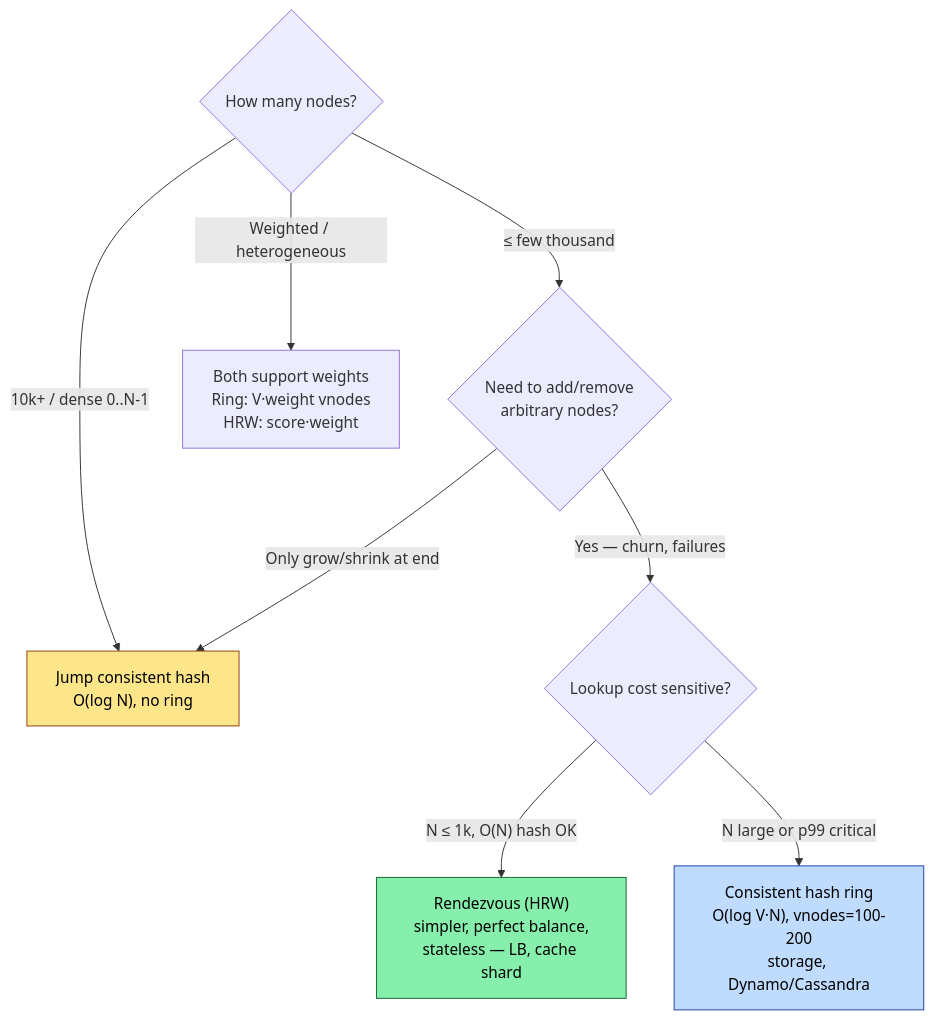
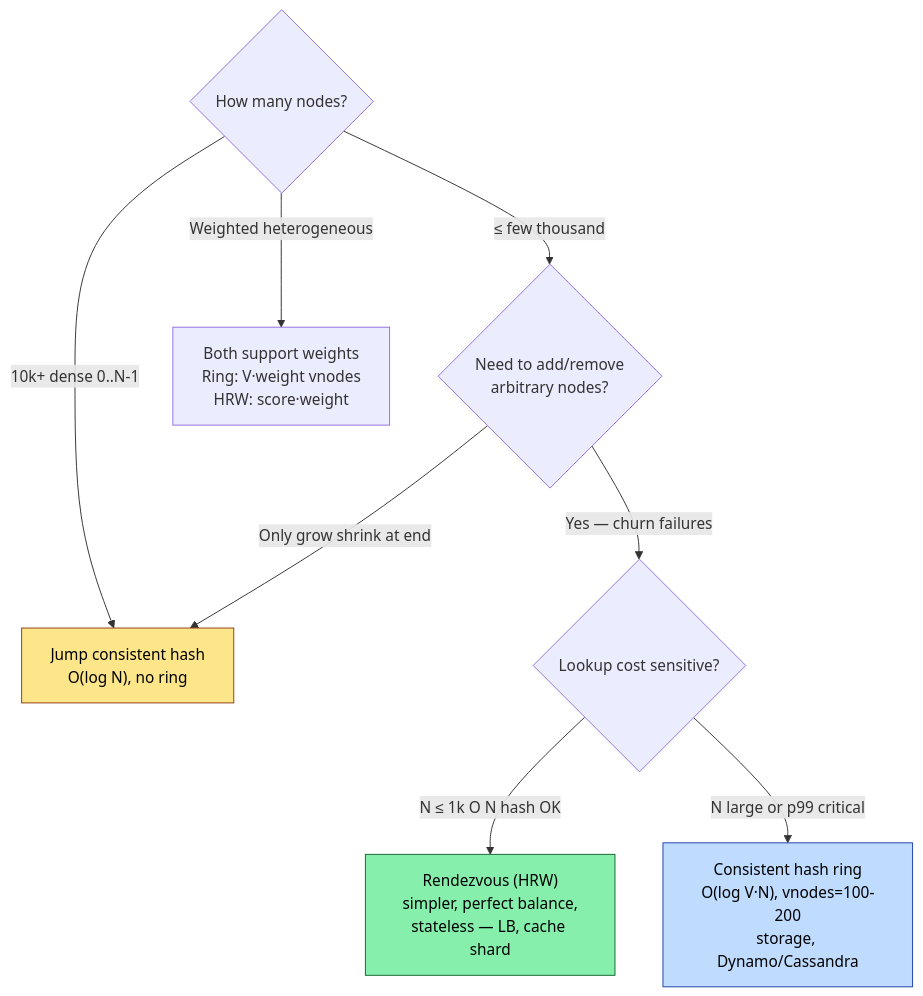
One commit to bumbsclaw/textbooks changed the sixth of 7 diagrams in vol-14-algorithms/ch05-consistent-hashing.md. Above: the diagram before and after it, drawn with Mermaid. The commit also changed other lines of this file and 173 other files, not shown here.

First line of the commit message:
fix(mermaid): close note brackets, semicolons in Notes, stateDiagram br -> dash, edge parens

````diff
--- a/vol-14-algorithms/ch05-consistent-hashing.md
+++ b/vol-14-algorithms/ch05-consistent-hashing.md
@@ -557,17 +557,17 @@
 ```mermaid
 flowchart TB
     Q1{"How many nodes?"}
     Q1 -->|"≤ few thousand"| Q2{"Need to add/remove<br/>arbitrary nodes?"}
-    Q1 -->|"10k+ / dense 0..N-1"| JUMP["Jump consistent hash<br/>O(log N), no ring"]
-    Q2 -->|"Yes — churn, failures"| Q3{"Lookup cost sensitive?"}
-    Q2 -->|"Only grow/shrink at end"| JUMP
+    Q1 -->|"10k+ dense 0..N-1"| JUMP["Jump consistent hash<br/>O(log N), no ring"]
+    Q2 -->|"Yes — churn failures"| Q3{"Lookup cost sensitive?"}
+    Q2 -->|"Only grow shrink at end"| JUMP
 
-    Q3 -->|"N ≤ 1k, O(N) hash OK"| HRW["Rendezvous (HRW)<br/>simpler, perfect balance,<br/>stateless — LB, cache shard"]
+    Q3 -->|"N ≤ 1k O N hash OK"| HRW["Rendezvous (HRW)<br/>simpler, perfect balance,<br/>stateless — LB, cache shard"]
     Q3 -->|"N large or p99 critical"| RING["Consistent hash ring<br/>O(log V·N), vnodes=100-200<br/>storage, Dynamo/Cassandra"]
 
-    Q1 -->|"Weighted / heterogeneous"| W["Both support weights<br/>Ring: V·weight vnodes<br/>HRW: score·weight"]
+    Q1 -->|"Weighted heterogeneous"| W["Both support weights<br/>Ring: V·weight vnodes<br/>HRW: score·weight"]
 
     style HRW fill:#86efac,stroke:#166534,color:#000
     style RING fill:#bfdbfe,stroke:#1e40af,color:#000
     style JUMP fill:#fde68a,stroke:#92400e,color:#000
 ```
````
